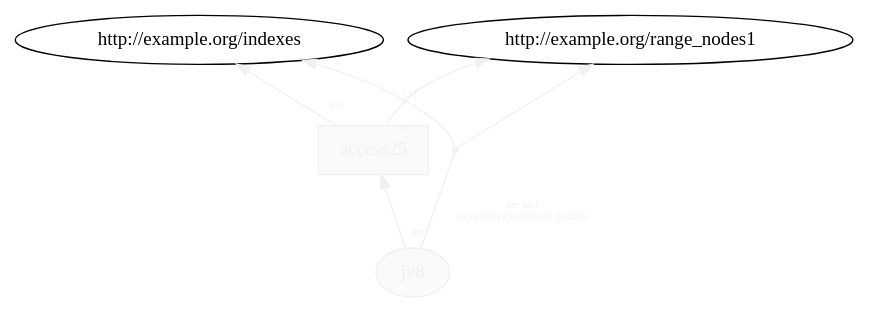
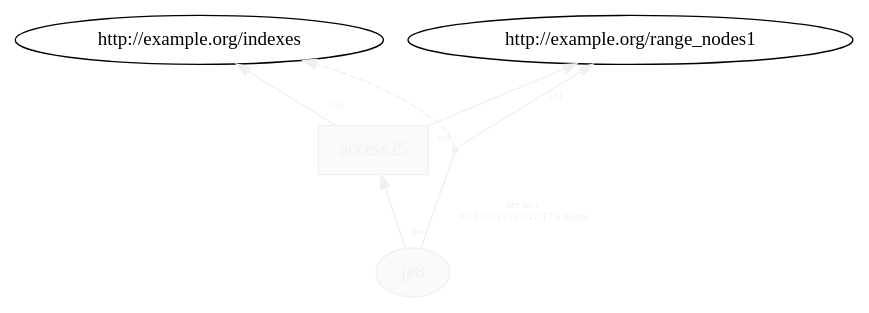
The diagram in generated/versioned_prov/temp/L17__loop_access_8.dot (dew-uff/versioned-prov), drawn with Graphviz before and after one commit. The commit also changed 327 other files, not shown here.

```diff
--- a/generated/versioned_prov/temp/L17__loop_access_8.dot
+++ b/generated/versioned_prov/temp/L17__loop_access_8.dot
@@ -1,12 +1,12 @@
 digraph "PROV" { size="16,12"; rankdir="BT";
 "http://example.org/j#8" [fillcolor="#FAFAFA",color="#F0F0F0",style="filled",fontcolor="#F0F0F0",label="j#8",URL="http://example.org/j#8"]
 "http://example.org/access25" [fillcolor="#FAFAFA",color="#F0F0F0",shape="polygon",sides="4",style="filled",fontcolor="#F0F0F0",label="access25",URL="http://example.org/access25"]
 "bn0" [shape="point",label="",fontcolor="#F0F0F0",color="#F0F0F0"]
 "http://example.org/j#8" -> "bn0" [fontsize="8",distance="1.5",angle="60.0",rotation="20",label="der ac-r
-2018-03-10T05:21:32.584020",arrowhead="none",fontcolor="#F0F0F0",color="#F0F0F0"]
-"bn0" -> "http://example.org/indexes" [fontsize="8",distance="1.5",angle="60.0",rotation="20",label="[1]",fontcolor="#F0F0F0",color="#F0F0F0"]
-"bn0" -> "http://example.org/range_nodes1" [fontcolor="#F0F0F0",color="#F0F0F0"]
+2018-03-12T13:12:17.530889",arrowhead="none",fontcolor="#F0F0F0",color="#F0F0F0"]
+"bn0" -> "http://example.org/indexes" [style="dashed",fontcolor="#F0F0F0",color="#F0F0F0"]
+"bn0" -> "http://example.org/range_nodes1" [fontsize="8",distance="1.5",angle="60.0",rotation="20",label="[1]",fontcolor="#F0F0F0",color="#F0F0F0"]
 "http://example.org/access25" -> "http://example.org/indexes" [labelfontsize="8",labeldistance="1.5",labelangle="60.0",rotation="20",taillabel="use",fontcolor="#F0F0F0",color="#F0F0F0"]
 "http://example.org/access25" -> "http://example.org/range_nodes1" [labelfontsize="8",labeldistance="1.5",labelangle="60.0",rotation="20",taillabel="use",fontcolor="#F0F0F0",color="#F0F0F0"]
 "http://example.org/j#8" -> "http://example.org/access25" [labelfontsize="8",labeldistance="1.5",labelangle="60.0",rotation="20",taillabel="gen",fontcolor="#F0F0F0",color="#F0F0F0"]
 }
```
